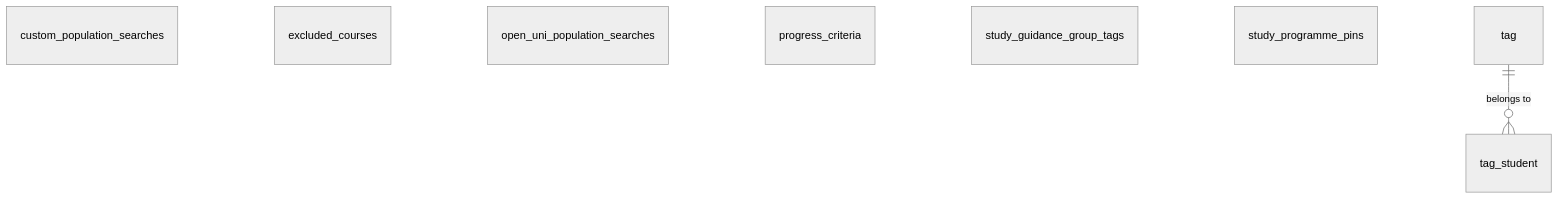
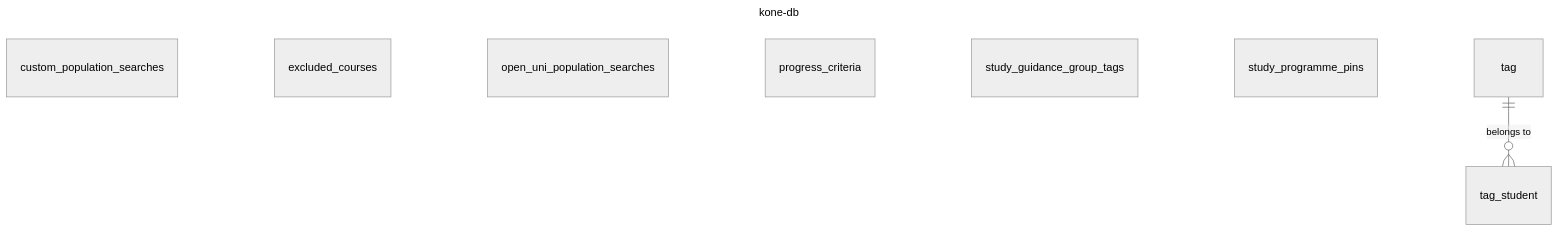
One commit to UniversityOfHelsinkiCS/oodikone changed the second of 3 diagrams in documentation/databases.md. Above: the diagram before and after it, drawn with Mermaid (neutral theme). The commit also changed other lines of this file, not shown here.

Commit message:
[Documentation] Add titles to database diagrams

````diff
--- a/documentation/databases.md
+++ b/documentation/databases.md
@@ -43,12 +46,15 @@
 ```mermaid
+---
+title: kone-db
+---
 erDiagram
   custom_population_searches
   excluded_courses
   open_uni_population_searches
   progress_criteria
   study_guidance_group_tags
   study_programme_pins
   tag ||--o{ tag_student : "belongs to"
   tag
   tag_student
 ```
````
